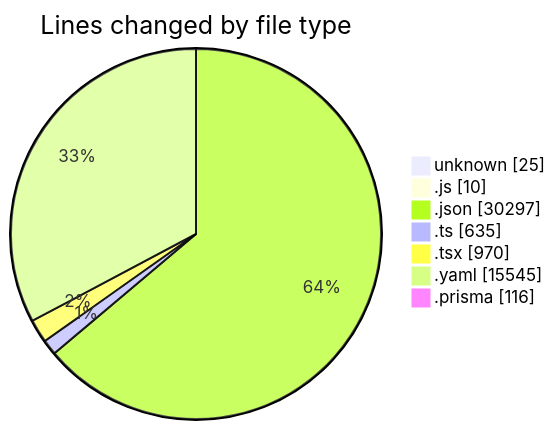
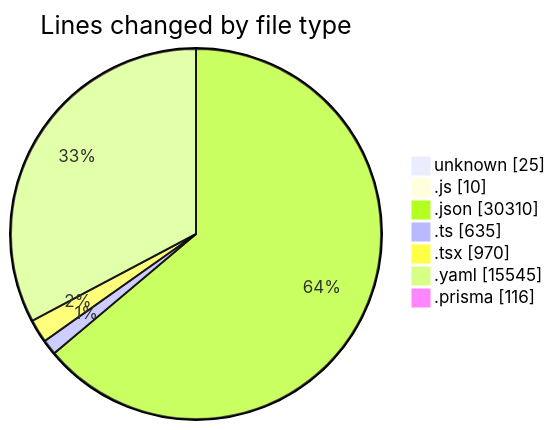
Before and after one commit to CELIANVF/code-tracking: the first of 2 diagrams in 2025-05-02/ecodeli/README.md, drawn with Mermaid. The commit also changed other lines of this file and 1 other file, not shown here.

````diff
--- a/2025-05-02/ecodeli/README.md
+++ b/2025-05-02/ecodeli/README.md
@@ -45,11 +45,11 @@
 ```mermaid
 pie showData
 title Lines changed by file type
 "unknown" : 25
 ".js" : 10
-".json" : 30297
+".json" : 30310
 ".ts" : 635
 ".tsx" : 970
 ".yaml" : 15545
 ".prisma" : 116
 ```
````
